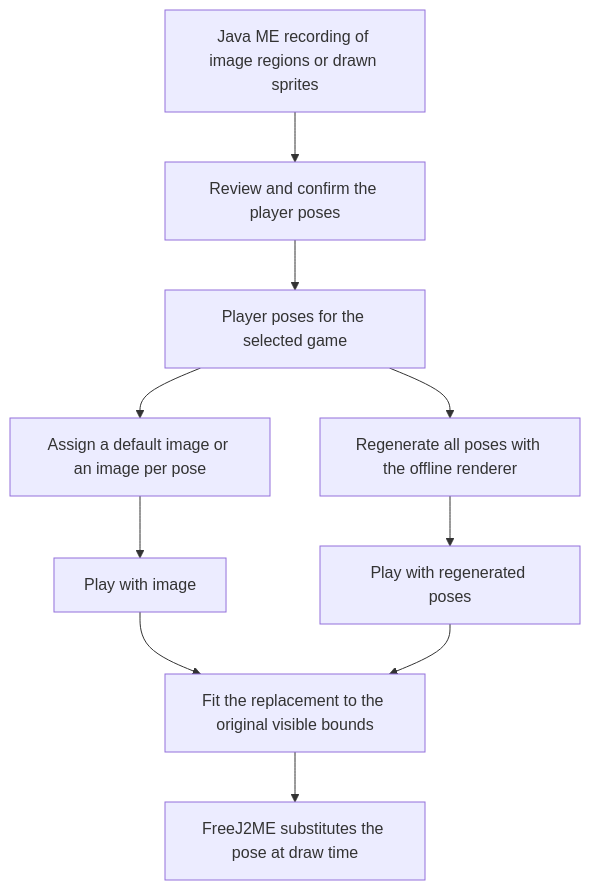
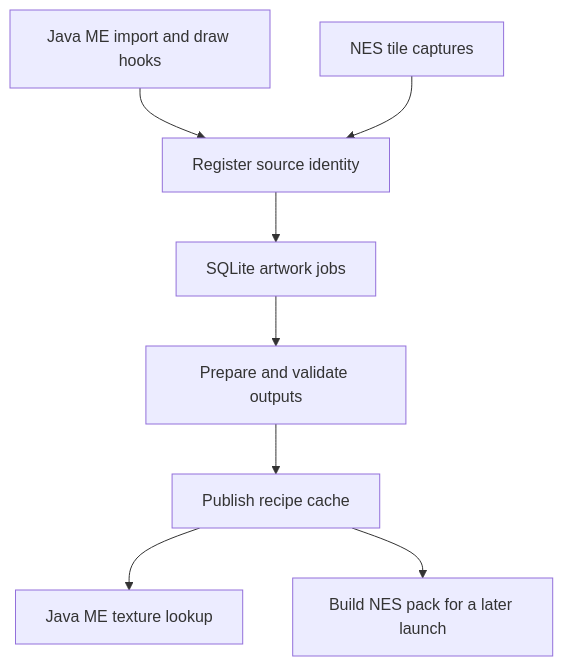
The diagram in docs/PROJECT_FLOW.md (vishal-vs-1/Pixel-Revival), drawn with Mermaid before and after one commit. The commit also changed other lines of this file and 85 other files, not shown here.

Commit message:
Add bounded NES pose observation and capture flows

````diff
--- a/docs/PROJECT_FLOW.md
+++ b/docs/PROJECT_FLOW.md
@@ -59,12 +36,10 @@
-~~~mermaid
+```mermaid
 flowchart TD
-    J["Java ME recording of image regions or drawn sprites"] --> C["Review and confirm the player poses"]
-    C --> P["Player poses for the selected game"]
-    P --> U["Assign a default image or an image per pose"]
-    P --> R["Regenerate all poses with the offline renderer"]
-    U --> UP["Play with image"]
-    R --> RP["Play with regenerated poses"]
-    UP --> F["Fit the replacement to the original visible bounds"]
-    RP --> F
-    F --> JP["FreeJ2ME substitutes the pose at draw time"]
-~~~
+    J["Java ME import and draw hooks"] --> S["Register source identity"]
+    N["NES tile captures"] --> S
+    S --> Q["SQLite artwork jobs"]
+    Q --> W["Prepare and validate outputs"]
+    W --> C["Publish recipe cache"]
+    C --> JP["Java ME texture lookup"]
+    C --> NP["Build NES pack for a later launch"]
+```
````
